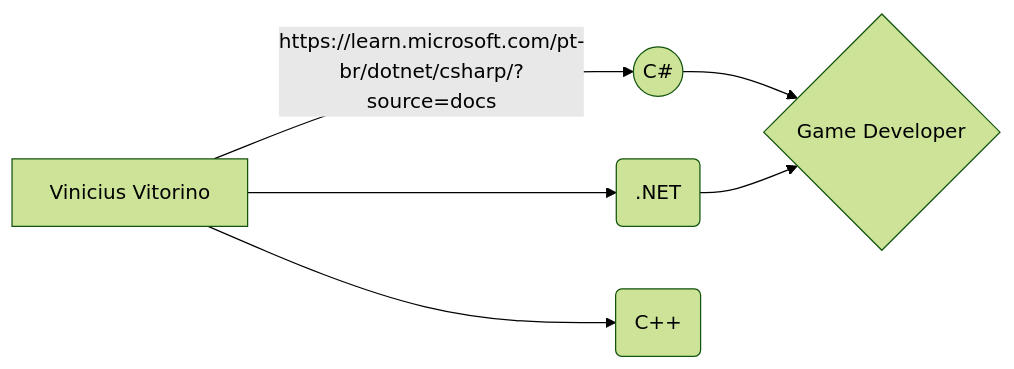
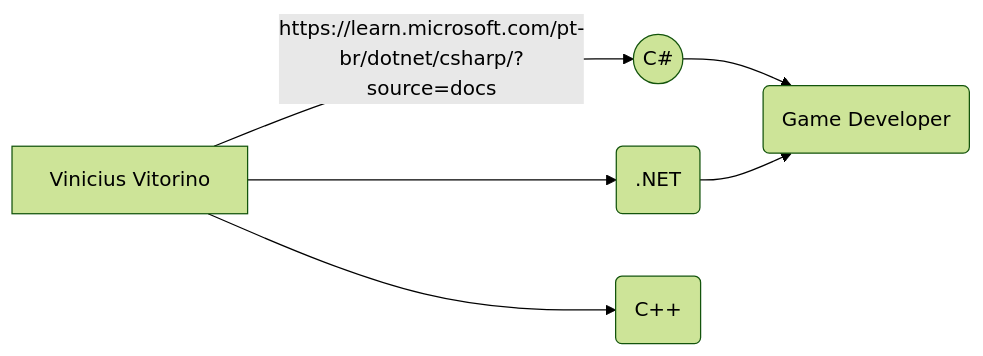
The diagram in README.md (ViniciusVitorinoSantos/EstudosCS), drawn with Mermaid (forest theme) before and after one commit.

````diff
--- a/README.md
+++ b/README.md
@@ -4,8 +4,8 @@
 ```mermaid
 graph LR
 A[Vinicius Vitorino] -- https://learn.microsoft.com/pt-br/dotnet/csharp/?source=docs --> B((C#))
 A --> C(.NET)
 A --> E(C++)
-B --> D{Game Developer}
+B --> D(Game Developer)
 C --> D
 ```
````
